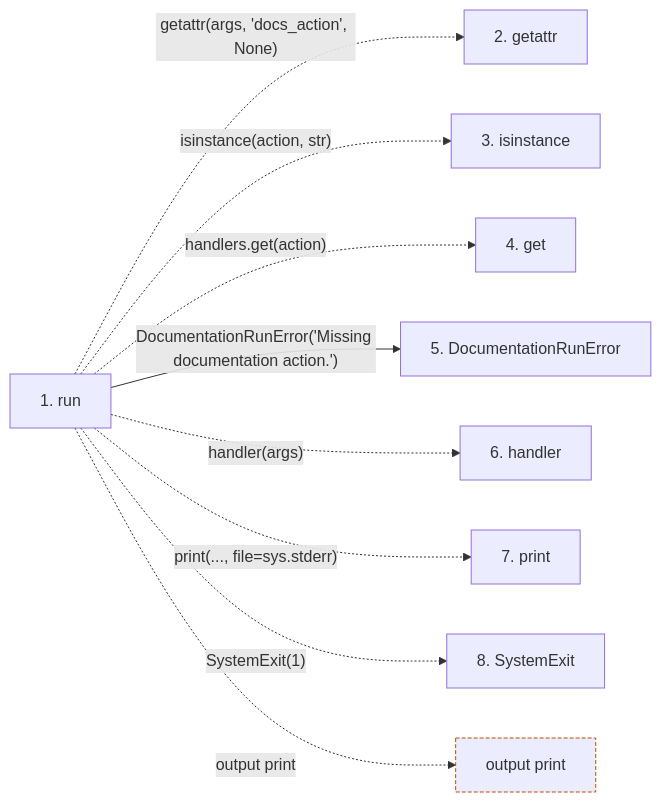
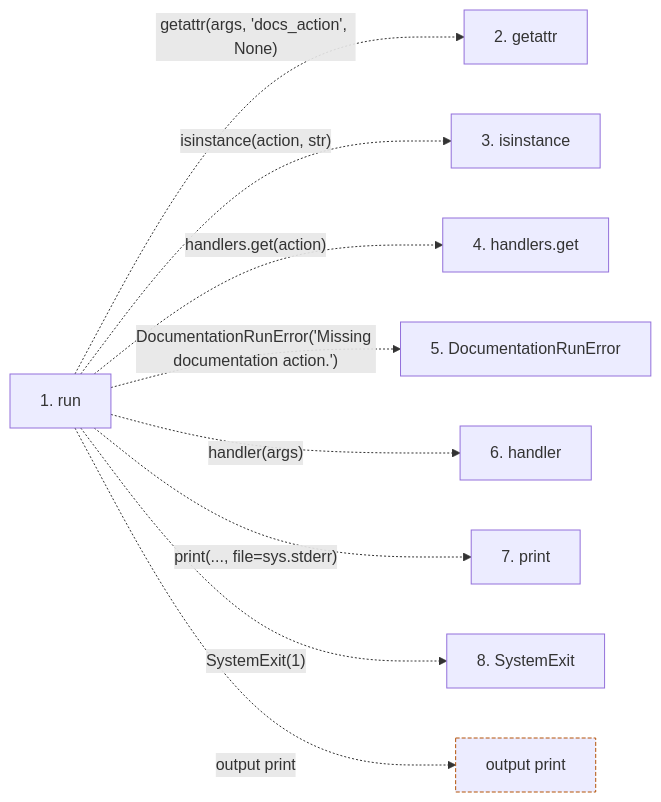
One commit to Denissvgn/python-wiki-llm changed the second of 2 diagrams in docs/llm_wiki/flows/cli-docs.md. Above: the diagram before and after it, drawn with Mermaid. The commit also changed other lines of this file and 719 other files, not shown here.

````diff
--- a/docs/llm_wiki/flows/cli-docs.md
+++ b/docs/llm_wiki/flows/cli-docs.md
@@ -32,24 +32,23 @@
 ```mermaid
 flowchart LR
     s1["1. run"]
     s2["2. getattr"]
     s3["3. isinstance"]
-    s4["4. get"]
+    s4["4. handlers.get"]
     s5["5. DocumentationRunError"]
     s6["6. handler"]
     s7["7. print"]
     s8["8. SystemExit"]
     s1 -. "getattr(args, 'docs_action', None)" .-> s2
     s1 -. "isinstance(action, str)" .-> s3
     s1 -. "handlers.get(action)" .-> s4
-    s1 -->|"DocumentationRunError('Missing documentation action.')"| s5
+    s1 -. "DocumentationRunError('Missing documentation action.')" .-> s5
     s1 -. "handler(args)" .-> s6
     s1 -. "print(..., file=sys.stderr)" .-> s7
     s1 -. "SystemExit(1)" .-> s8
     b0["output print"]
     s1 -. "output print" .-> b0
     click s1 "../modules/docs_cmd.md"
-    click s5 "../modules/documentation_run_contracts.md"
     classDef boundary stroke:#b45309,stroke-dasharray: 4 2
     class b0 boundary
 ```
````
